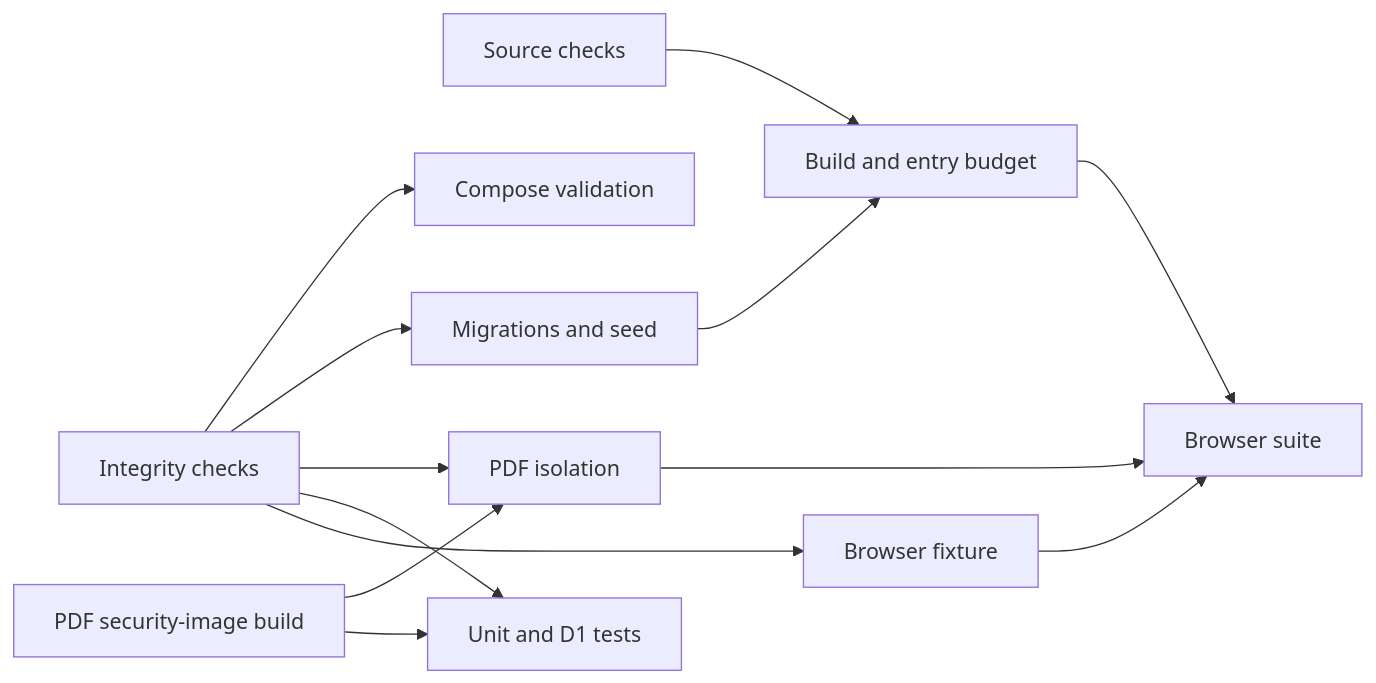
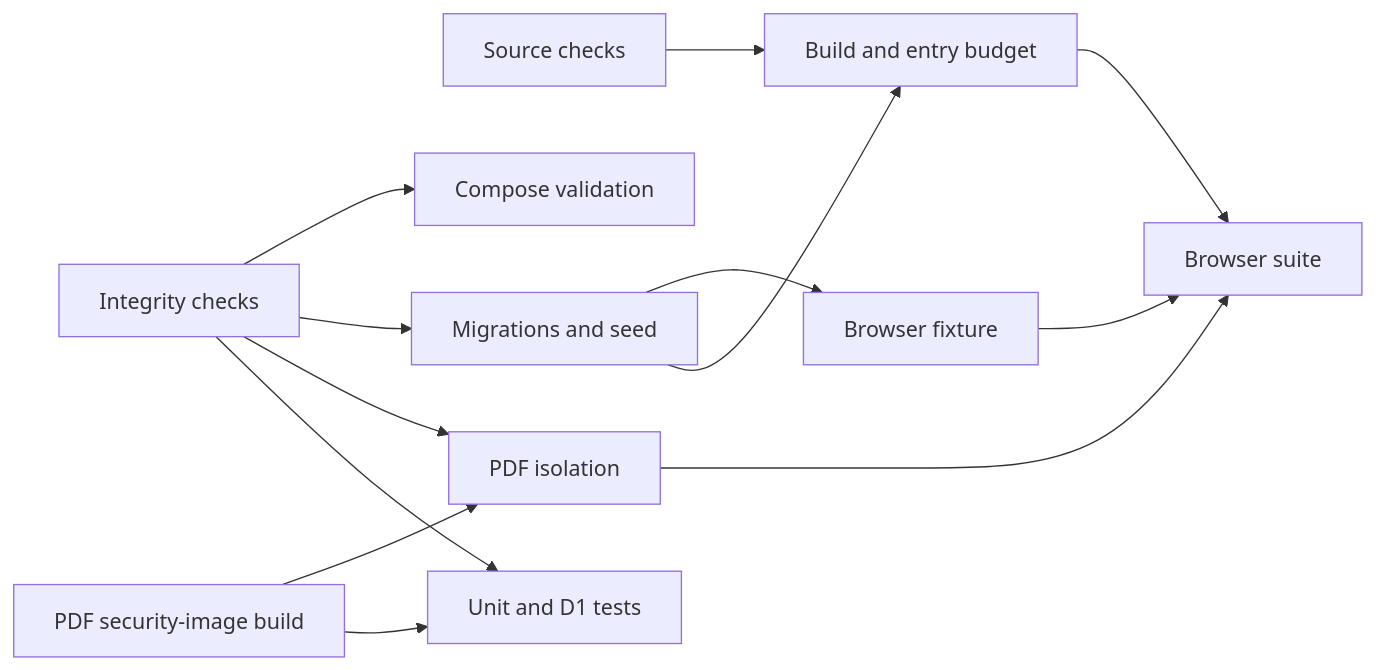
Before and after one commit to cyyapye/keel-fi: the diagram in docs/engineering/ci-performance.md, drawn with Mermaid. The commit also changed other lines of this file and 9 other files, not shown here.

````diff
--- a/docs/engineering/ci-performance.md
+++ b/docs/engineering/ci-performance.md
@@ -95,15 +95,15 @@
 ```mermaid
 flowchart LR
   source[Source checks] --> build[Build and entry budget]
   integrity[Integrity checks] --> compose[Compose validation]
   integrity --> migrations[Migrations and seed]
   integrity --> pdf[PDF isolation]
   pdfBuild[PDF security-image build] --> pdf
   pdfBuild --> unit[Unit and D1 tests]
   integrity --> unit
-  integrity --> browserFixture[Browser fixture]
+  migrations --> browserFixture[Browser fixture]
   migrations --> build
   build --> browser[Browser suite]
   pdf --> browser
   browserFixture --> browser
 ```
````
